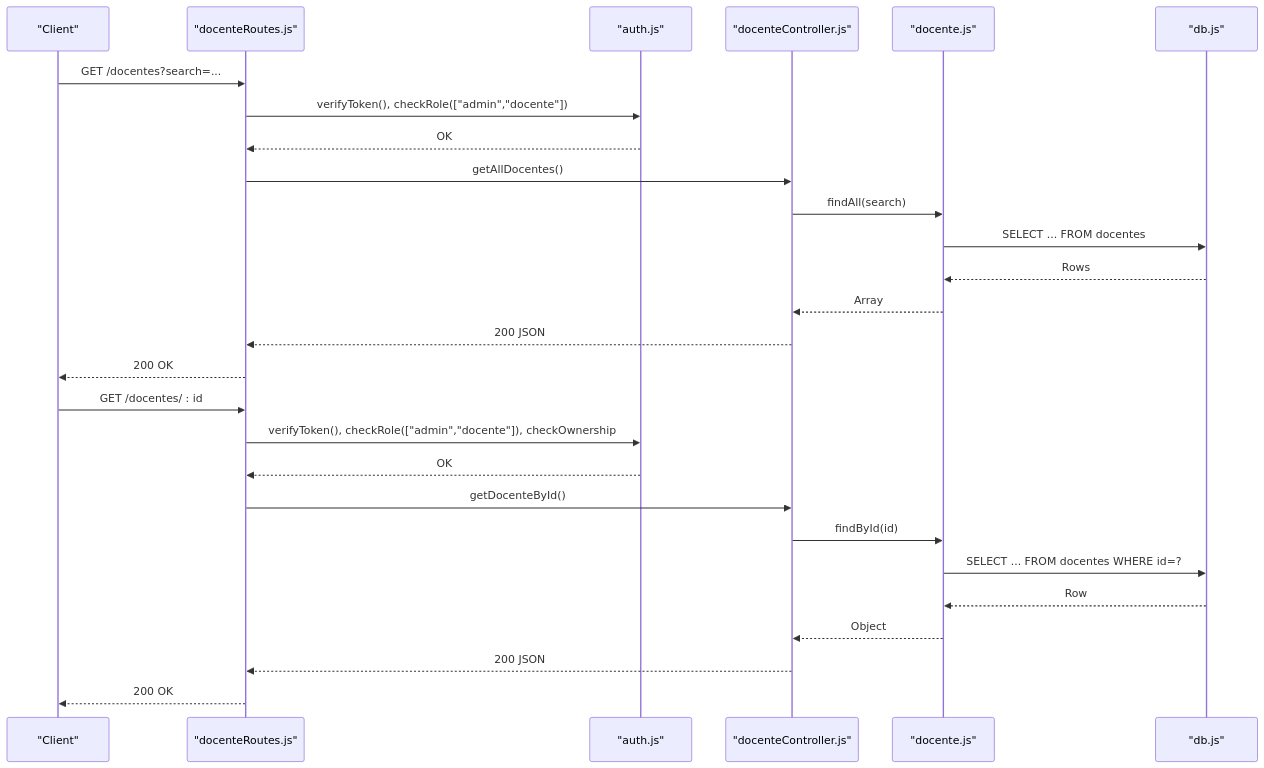
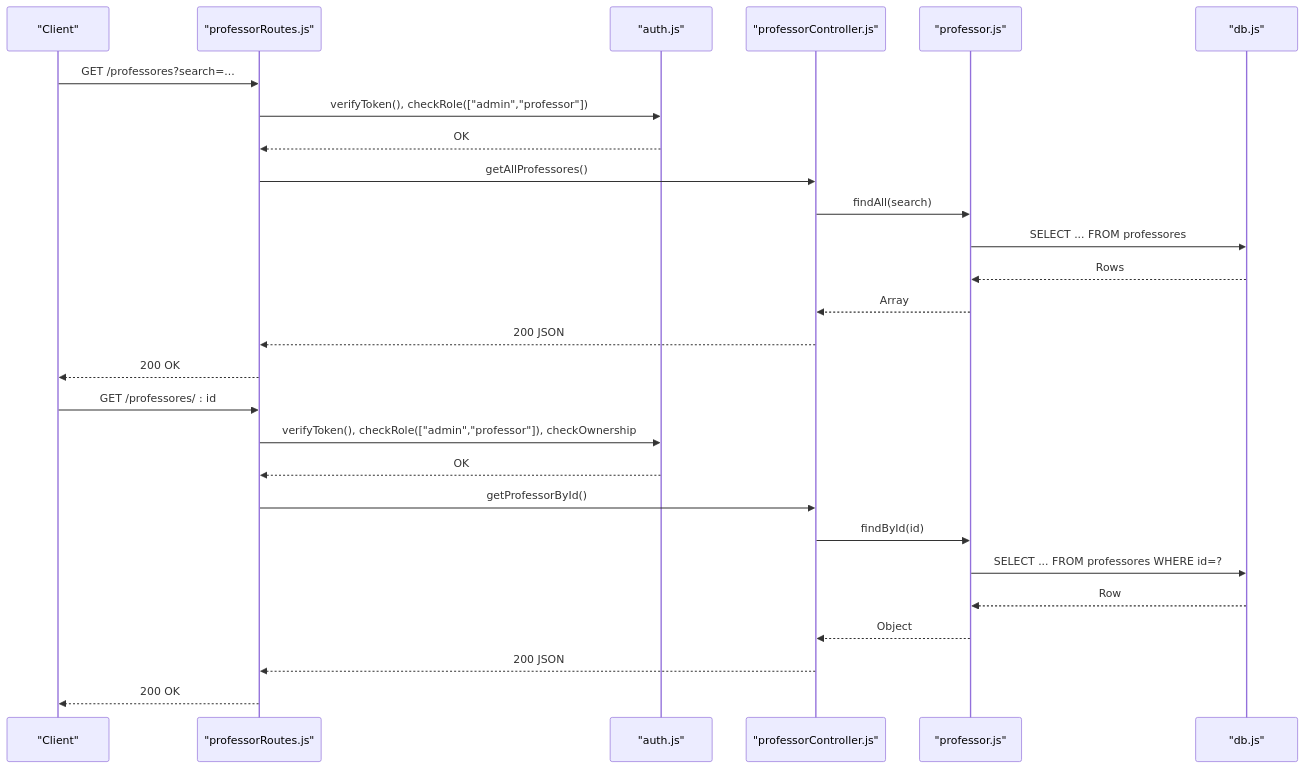
One commit to luiseduacosta/nodemural changed the third of 7 diagrams in .qoder/repowiki/en/content/API Reference/Institutional Management APIs.md. Above: the diagram before and after it, drawn with Mermaid. The commit also changed other lines of this file and 25 other files, not shown here.

````diff
--- a/.qoder/repowiki/en/content/API Reference/Institutional Management APIs.md
+++ b/.qoder/repowiki/en/content/API Reference/Institutional Management APIs.md
@@ -179,29 +179,29 @@
 ```mermaid
 sequenceDiagram
 participant Client as "Client"
-participant Router as "docenteRoutes.js"
+participant Router as "professorRoutes.js"
 participant Auth as "auth.js"
-participant Ctrl as "docenteController.js"
-participant Model as "docente.js"
+participant Ctrl as "professorController.js"
+participant Model as "professor.js"
 participant DB as "db.js"
-Client->>Router : GET /docentes?search=...
-Router->>Auth : verifyToken(), checkRole(["admin","docente"])
+Client->>Router : GET /professores?search=...
+Router->>Auth : verifyToken(), checkRole(["admin","professor"])
 Auth-->>Router : OK
-Router->>Ctrl : getAllDocentes()
+Router->>Ctrl : getAllProfessores()
 Ctrl->>Model : findAll(search)
-Model->>DB : SELECT ... FROM docentes
+Model->>DB : SELECT ... FROM professores
 DB-->>Model : Rows
 Model-->>Ctrl : Array
 Ctrl-->>Router : 200 JSON
 Router-->>Client : 200 OK
-Client->>Router : GET /docentes/ : id
-Router->>Auth : verifyToken(), checkRole(["admin","docente"]), checkOwnership
+Client->>Router : GET /professores/ : id
+Router->>Auth : verifyToken(), checkRole(["admin","professor"]), checkOwnership
 Auth-->>Router : OK
-Router->>Ctrl : getDocenteById()
+Router->>Ctrl : getProfessorById()
 Ctrl->>Model : findById(id)
-Model->>DB : SELECT ... FROM docentes WHERE id=?
+Model->>DB : SELECT ... FROM professores WHERE id=?
 DB-->>Model : Row
 Model-->>Ctrl : Object
 Ctrl-->>Router : 200 JSON
 Router-->>Client : 200 OK
 ```
````
